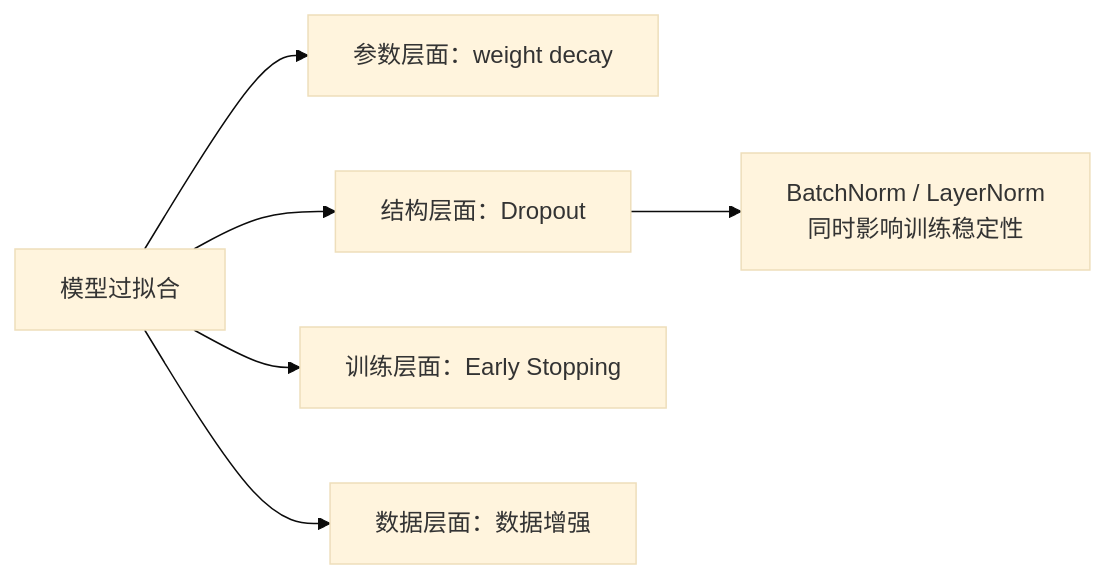
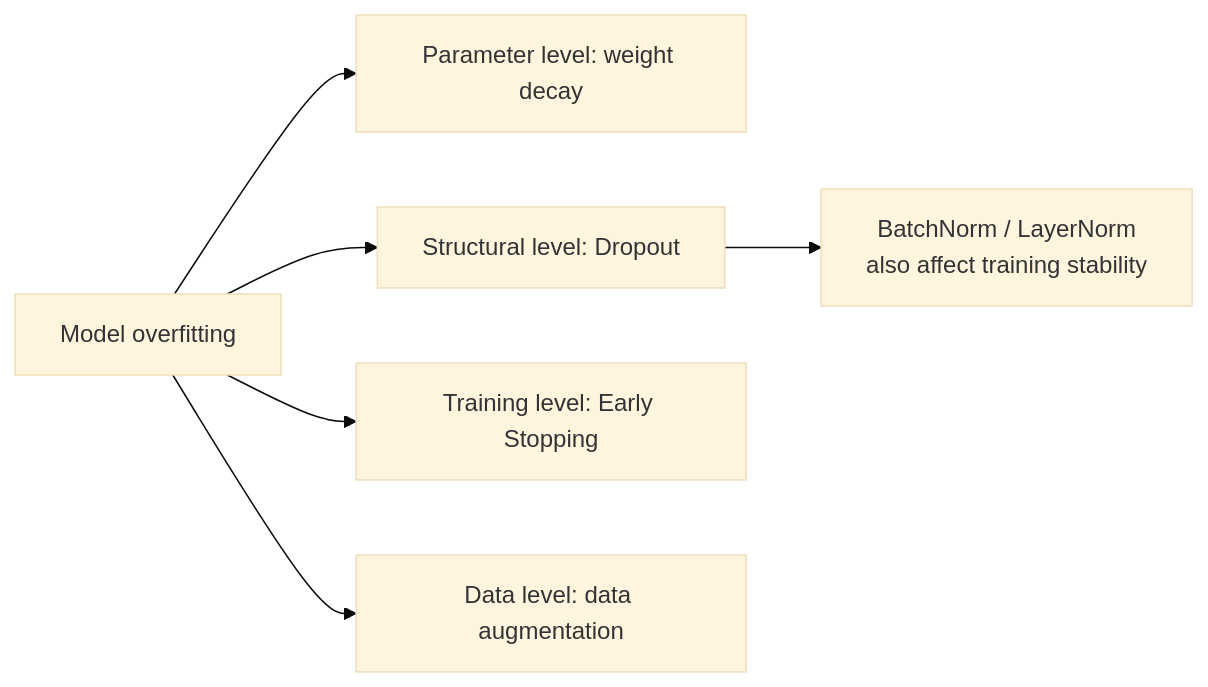
Before and after one commit to oudbiao/AI-fullstack-course: the first of 2 diagrams in docs/ch06-deep-learning/ch01-nn-basics/04-regularization.md, drawn with Mermaid (base theme). The commit also changed other lines of this file and 1406 other files, not shown here.

````diff
--- a/docs/ch06-deep-learning/ch01-nn-basics/04-regularization.md
+++ b/docs/ch06-deep-learning/ch01-nn-basics/04-regularization.md
@@ -29,8 +29,8 @@
 ```mermaid
 flowchart LR
-    A["模型过拟合"] --> B["参数层面：weight decay"]
-    A --> C["结构层面：Dropout"]
-    A --> D["训练层面：Early Stopping"]
-    A --> E["数据层面：数据增强"]
-    C --> F["BatchNorm / LayerNorm<br/>同时影响训练稳定性"]
+    A["Model overfitting"] --> B["Parameter level: weight decay"]
+    A --> C["Structural level: Dropout"]
+    A --> D["Training level: Early Stopping"]
+    A --> E["Data level: data augmentation"]
+    C --> F["BatchNorm / LayerNorm<br/>also affect training stability"]
 ```
````
